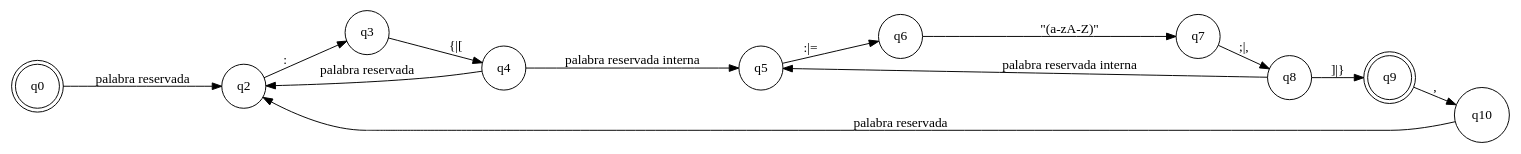
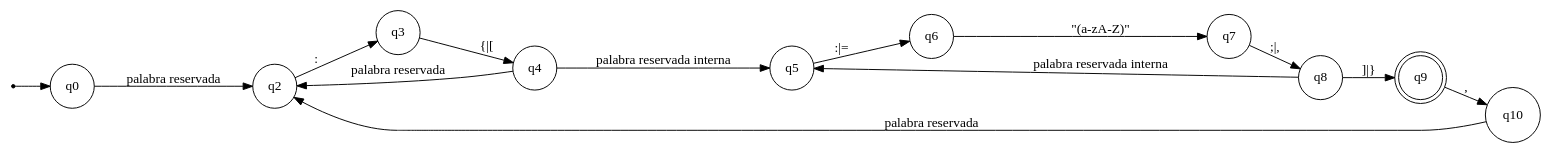
Before and after one commit to Axrl07/LFP_S1_2024_PROYECTO1_202209714: the diagram in Entregables/automata.dot, drawn with Graphviz. The commit also changed 7 other files, not shown here.

```diff
--- a/Entregables/automata.dot
+++ b/Entregables/automata.dot
@@ -1,19 +1,25 @@
 digraph G {
     rankdir=LR;
     node [shape=circle];
-    q0 [shape=doublecircle];  // Estado de inicio
+    q0 [shape=circle];  // Estado de inicio
     q9 [shape=doublecircle];  // Estado de aceptación
-    
+    q [shape=point];  // Nodo vacío
+
+    q -> q0 [];
     q0 -> q2 [label="palabra reservada"];
     q2 -> q3 [label=":"];
     q3 -> q4 [label="{|["];
     q4 -> q2 [label="palabra reservada"];
     q4 -> q5 [label="palabra reservada interna"];
     q5 -> q6 [label=":|="];
     q6 -> q7 [label="\"(a-zA-Z)\""];
     q7 -> q8 [label=";|,"];
     q8 -> q5 [label="palabra reservada interna"];
     q8 -> q9 [label="]|}"];
     q9 -> q10 [label=","];
     q10 -> q2 [label="palabra reservada"];
 }
+
+/*
+    dot -Tpdf automata.dot -o automata.pdf
+*/
```
